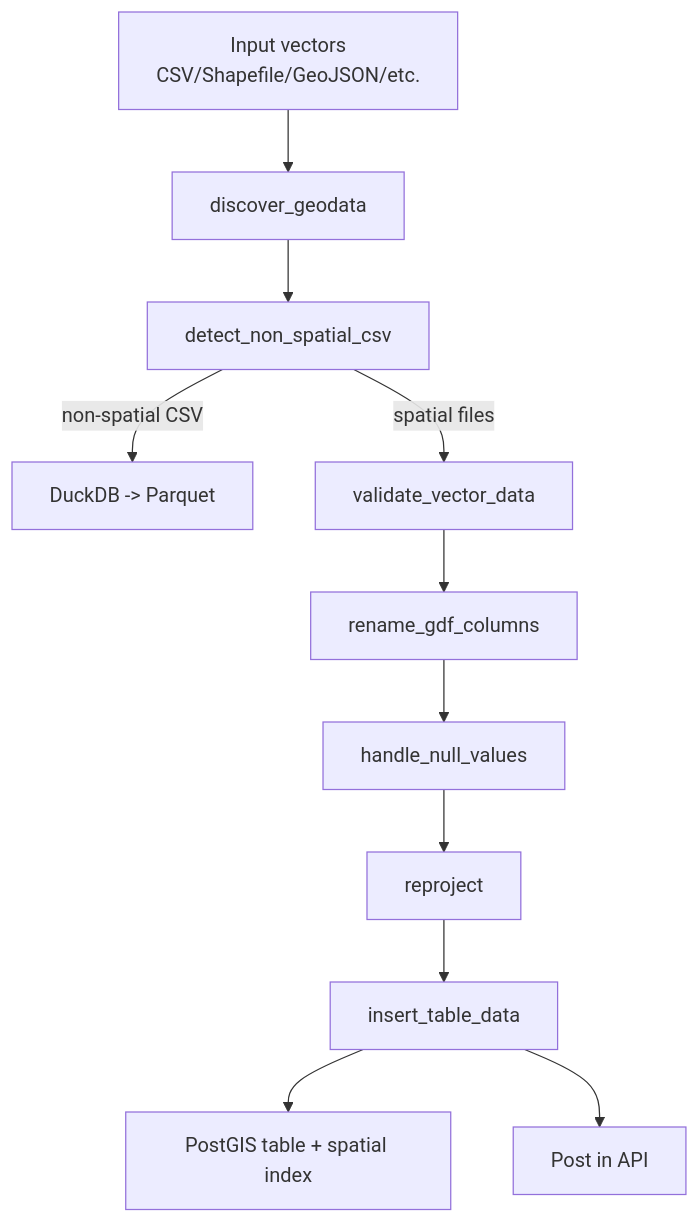
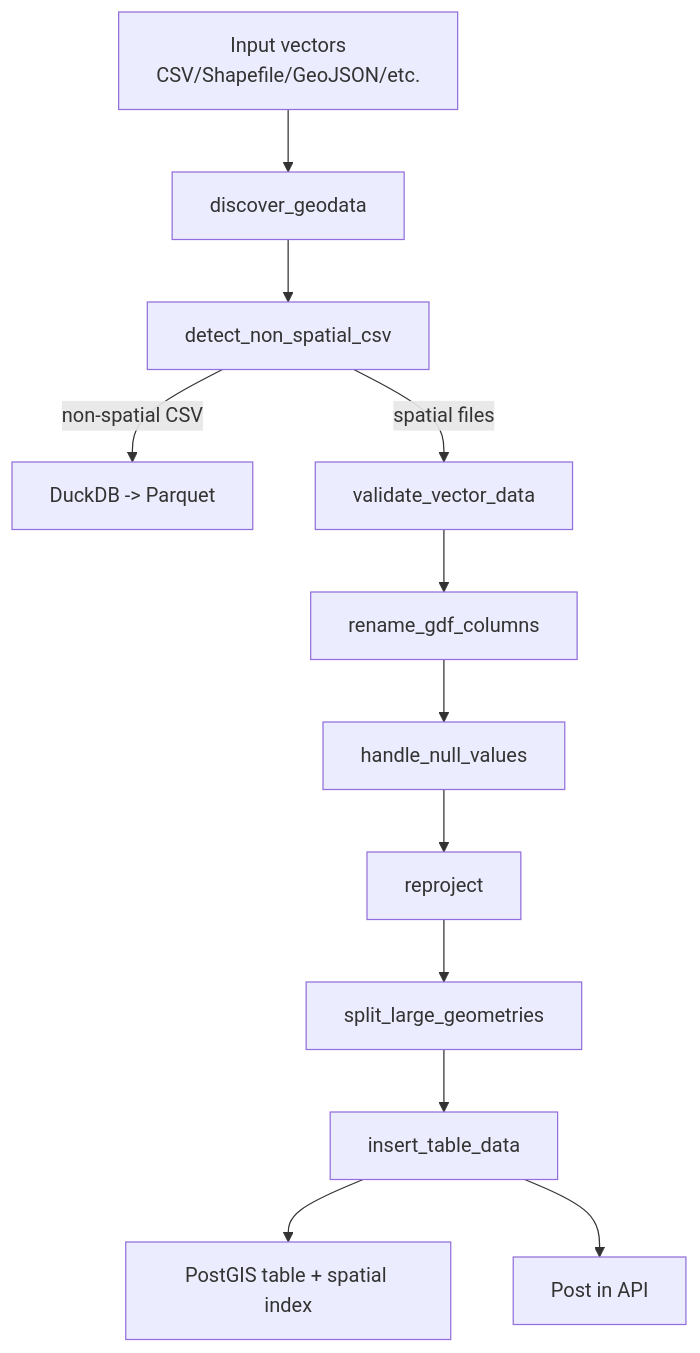
The third of 4 diagrams in gis-pipeline/docs/ARCHITECTURE.md (jeremie-durand/Agri-SDSS), drawn with Mermaid before and after one commit. The commit also changed 8 other files, not shown here.

````diff
--- a/gis-pipeline/docs/ARCHITECTURE.md
+++ b/gis-pipeline/docs/ARCHITECTURE.md
@@ -97,17 +97,18 @@
 ```mermaid
 graph TD
    V0[Input vectors<br/>CSV/Shapefile/GeoJSON/etc.] --> V1[discover_geodata]
    V1 --> V2[detect_non_spatial_csv]
 
    %% Branch: spatial vs non-spatial CSV
    V2 -->|non-spatial CSV| V_ns[DuckDB -> Parquet]
    V2 -->|spatial files| V5[validate_vector_data]
 
    %% Spatial path (no explicit GeoDataFrame step)
    V5 --> V6[rename_gdf_columns]
    V6 --> V7[handle_null_values]
    V7 --> V8[reproject]
-   V8 --> V9[insert_table_data]
+   V8 --> V8b[split_large_geometries]
+   V8b --> V9[insert_table_data]
    V9 --> V10[PostGIS table + spatial index]
    V9 --> V11[Post in API]
 ```
````
